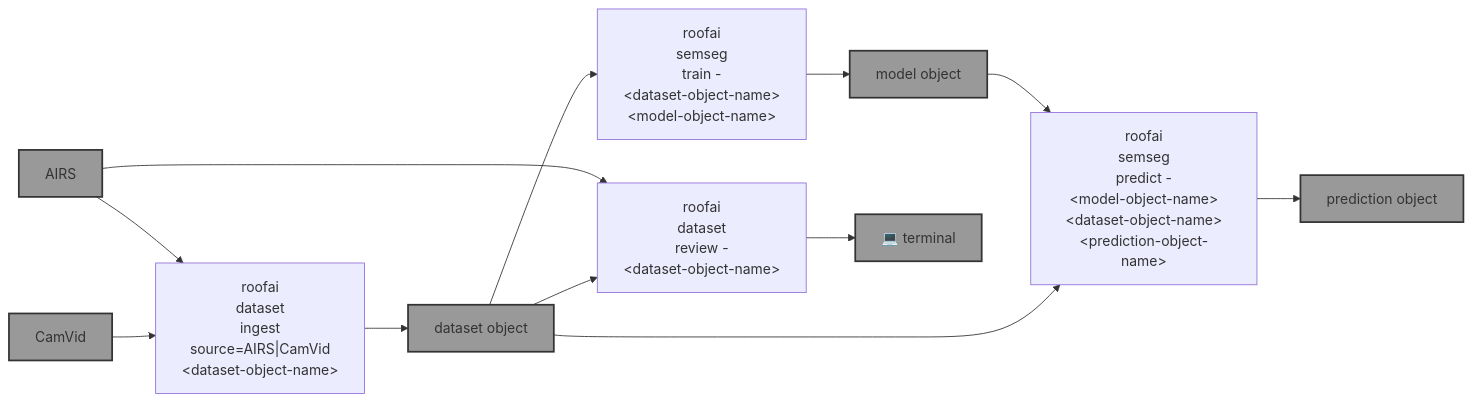
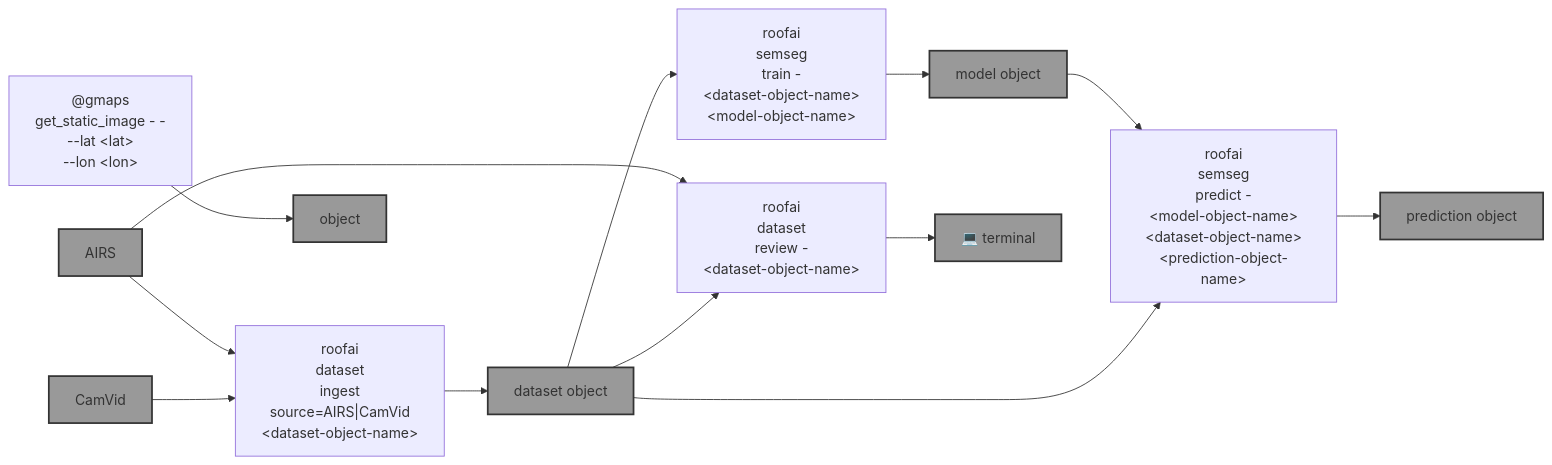
The diagram in README.md (kamangir/roofai), drawn with Mermaid before and after one commit. The commit also changed other lines of this file and 2 other files, not shown here.

Commit message:
doc++ - kamangir/bolt#746 - no-workflow 🪄

````diff
--- a/README.md
+++ b/README.md
@@ -9,34 +9,39 @@
 ```mermaid
 graph LR
     dataset_ingest["roofai<br>dataset<br>ingest<br>source=AIRS|CamVid<br>&lt;dataset-object-name&gt;"]
 
     dataset_review["roofai<br>dataset<br>review -<br>&lt;dataset-object-name&gt;"]
+
+    gmaps_get_static_image["@gmaps<br>get_static_image - -<br>--lat &lt;lat&gt;<br>--lon &lt;lon&gt;"]
 
     semseg_train["roofai<br>semseg<br>train -<br>&lt;dataset-object-name&gt;<br>&lt;model-object-name&gt;"]
 
     semseg_predict["roofai<br>semseg<br>predict -<br>&lt;model-object-name&gt;<br>&lt;dataset-object-name&gt;<br>&lt;prediction-object-name&gt;"]
 
     AIRS["AIRS"]:::folder
     CamVid["CamVid"]:::folder
     dataset_object_name["dataset object"]:::folder
     model_object_name["model object"]:::folder
     prediction_object_name["prediction object"]:::folder
+    object_name["object"]:::folder
     terminal["💻 terminal"]:::folder
 
     AIRS --> dataset_ingest
     CamVid --> dataset_ingest
     dataset_ingest --> dataset_object_name
 
     AIRS --> dataset_review
     dataset_object_name --> dataset_review
     dataset_review --> terminal
 
     dataset_object_name --> semseg_train
     semseg_train --> model_object_name
 
     model_object_name --> semseg_predict
     dataset_object_name --> semseg_predict
     semseg_predict --> prediction_object_name
 
+    gmaps_get_static_image --> object_name
+
     classDef folder fill:#999,stroke:#333,stroke-width:2px;
 ```
````
